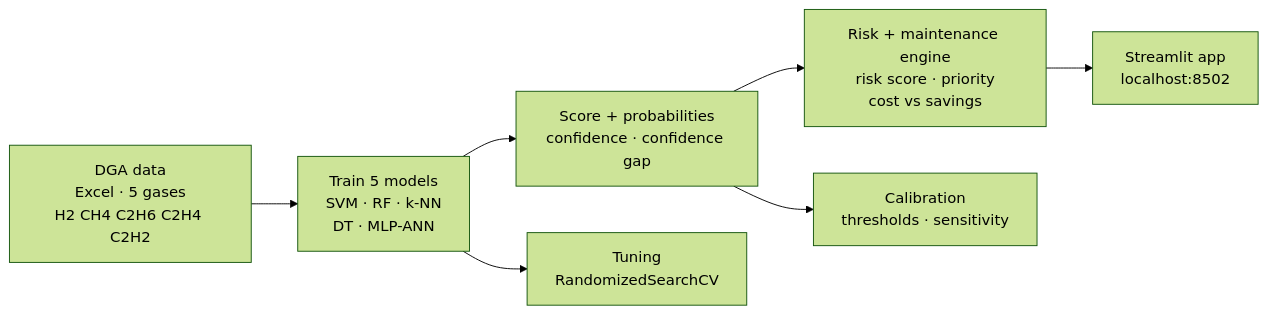
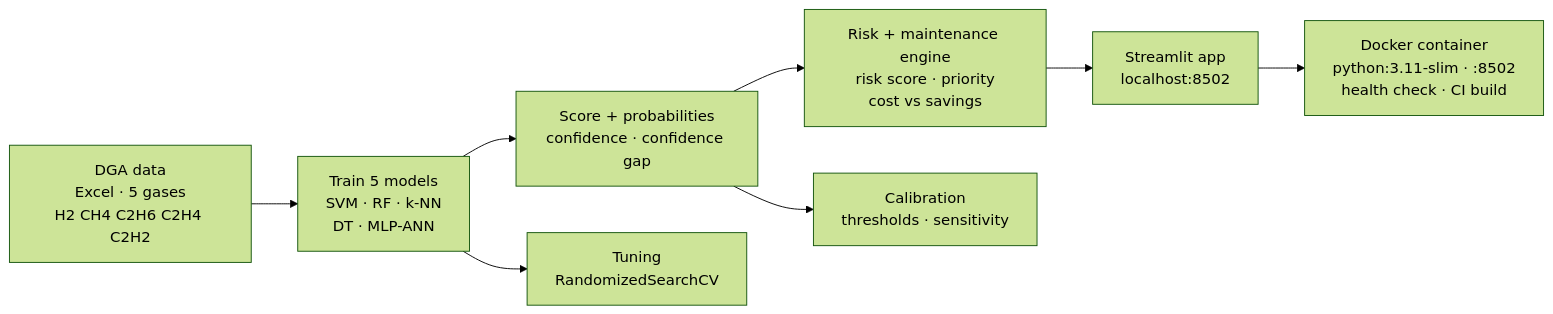
Before and after one commit to abdullacaad/predictive-maintenance-power-transformers: the diagram in README.md, drawn with Mermaid (forest theme). The commit also changed other lines of this file and 1 other file, not shown here.

Commit message:
Add Docker and DevOps coverage to README

````diff
--- a/README.md
+++ b/README.md
@@ -66,9 +79,10 @@
 ```mermaid
 flowchart LR
     Data[DGA data<br/>Excel · 5 gases<br/>H2 CH4 C2H6 C2H4 C2H2] --> Train[Train 5 models<br/>SVM · RF · k-NN<br/>DT · MLP-ANN]
     Train --> Score[Score + probabilities<br/>confidence · confidence gap]
     Score --> Risk[Risk + maintenance engine<br/>risk score · priority<br/>cost vs savings]
     Risk --> App[Streamlit app<br/>localhost:8502]
     Train --> Tune[Tuning<br/>RandomizedSearchCV]
     Score --> Calib[Calibration<br/>thresholds · sensitivity]
+    App --> Docker[Docker container<br/>python:3.11-slim · :8502<br/>health check · CI build]
 ```
````
